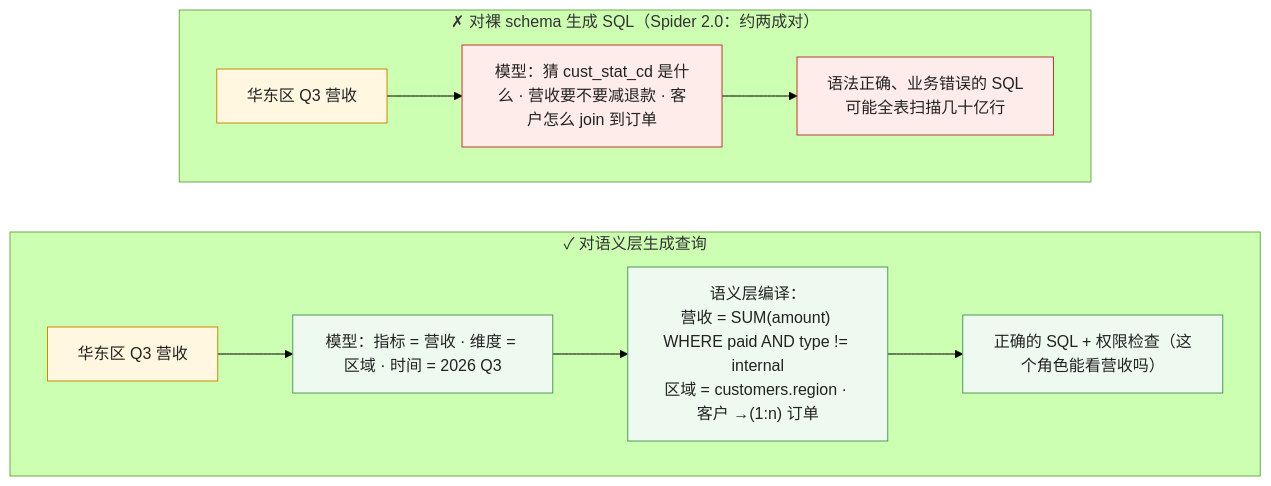
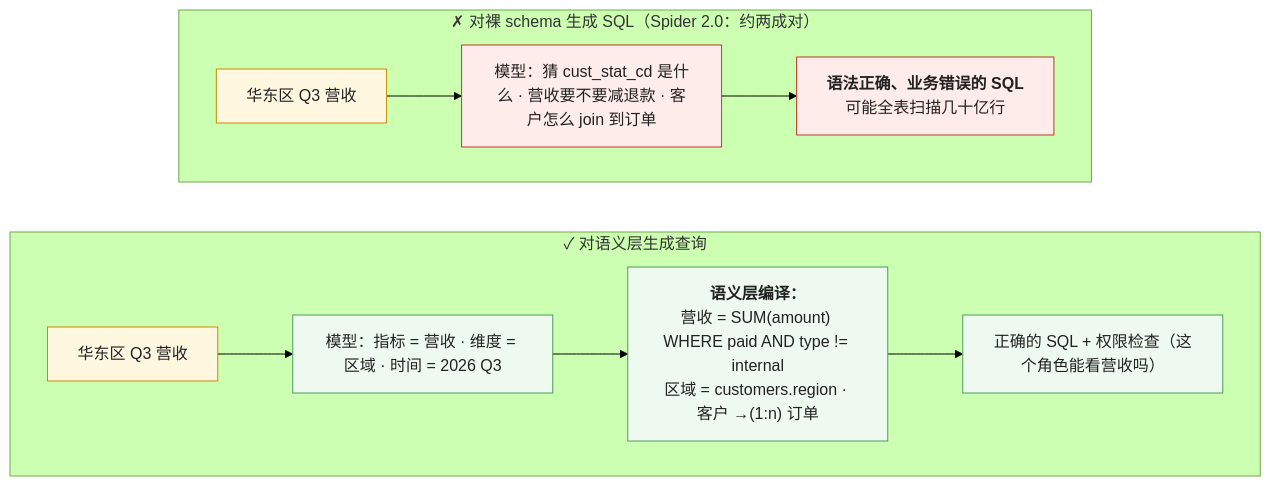
The second of 6 diagrams in _posts/2026-10-18-structured-knowledge-sql-ontology-and-graphrag.md (arganzheng/arganzheng.github.com), drawn with Mermaid (forest theme) before and after one commit. The commit also changed other lines of this file and 7 other files, not shown here.

First line of the commit message:
检索与知识接入：私域知识怎么进入模型：Mermaid 多行方框的首行标为标题（8 篇）

````diff
--- a/_posts/2026-10-18-structured-knowledge-sql-ontology-and-graphrag.md
+++ b/_posts/2026-10-18-structured-knowledge-sql-ontology-and-graphrag.md
@@ -80,19 +80,19 @@
 ```mermaid
 %% 图：裸 schema 与语义层——对裸表生成 SQL，模型要自己猜 cust_stat_cd = 'A' 是活跃、营收要排除退款、客户到订单经过哪三张中间表，Spider 2.0 上只有两成对；加一层语义层后模型只需把「华东区 Q3 营收」组合成指标 × 维度 × 过滤，业务规则写一次、编译成 SQL、可审查、权限也在这里
 flowchart TB
     subgraph RAW["✗ 对裸 schema 生成 SQL（Spider 2.0：约两成对）"]
         direction LR
-        Q1["华东区 Q3 营收"] --> M1["模型：猜 cust_stat_cd 是什么 · 营收要不要减退款 · 客户怎么 join 到订单"] --> S1["语法正确、业务错误的 SQL<br/>可能全表扫描几十亿行"]
+        Q1["华东区 Q3 营收"] --> M1["模型：猜 cust_stat_cd 是什么 · 营收要不要减退款 · 客户怎么 join 到订单"] --> S1["<b>语法正确、业务错误的 SQL</b><br/>可能全表扫描几十亿行"]
     end
     subgraph SEM["✓ 对语义层生成查询"]
         direction LR
-        Q2["华东区 Q3 营收"] --> M2["模型：指标 = 营收 · 维度 = 区域 · 时间 = 2026 Q3"] --> L["语义层编译：<br/>营收 = SUM(amount) WHERE paid AND type != internal<br/>区域 = customers.region · 客户 →(1:n) 订单"] --> S2["正确的 SQL + 权限检查（这个角色能看营收吗）"]
+        Q2["华东区 Q3 营收"] --> M2["模型：指标 = 营收 · 维度 = 区域 · 时间 = 2026 Q3"] --> L["<b>语义层编译：</b><br/>营收 = SUM(amount) WHERE paid AND type != internal<br/>区域 = customers.region · 客户 →(1:n) 订单"] --> S2["正确的 SQL + 权限检查（这个角色能看营收吗）"]
     end
     RAW ~~~ SEM
     classDef bad fill:#fdecea,stroke:#c0392b,color:#222
     classDef ok fill:#eefaf0,stroke:#4d9a5c,color:#222
     classDef n fill:#fff7e0,stroke:#c98a00,color:#222
     class Q1,Q2 n
     class M1,S1 bad
     class M2,L,S2 ok
 ```
````
